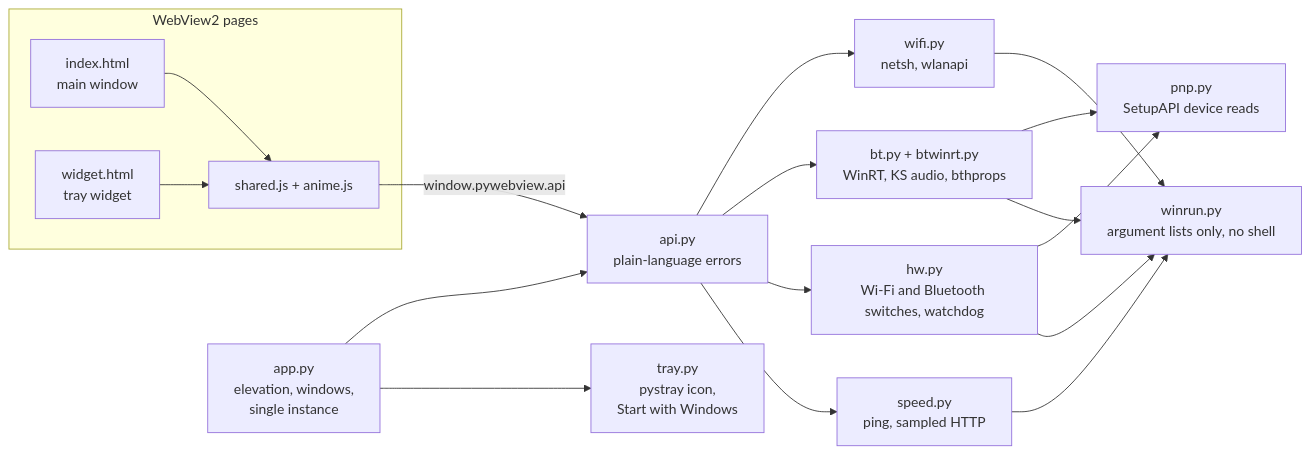
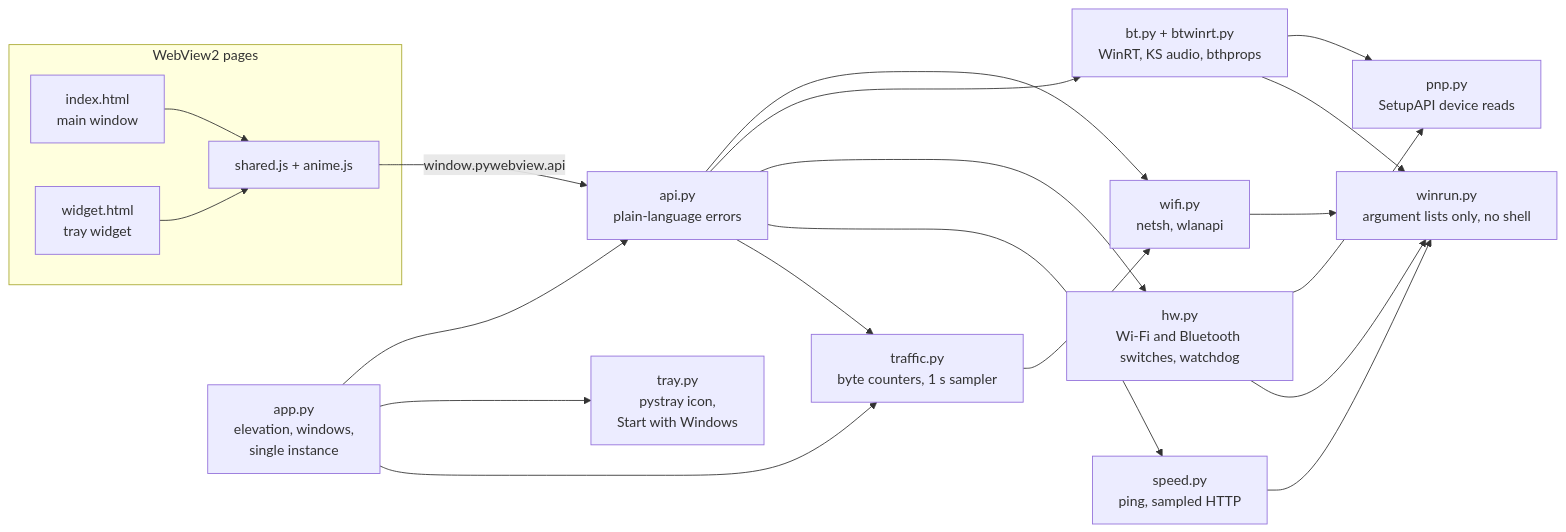
The diagram in README.md (ApurvDas/unigen-manager), drawn with Mermaid before and after one commit. The commit also changed other lines of this file and 3 other files, not shown here.

````diff
--- a/README.md
+++ b/README.md
@@ -254,23 +270,26 @@
 ```mermaid
 flowchart LR
     subgraph Pages["WebView2 pages"]
         index["index.html<br/>main window"]
         widget["widget.html<br/>tray widget"]
         shared["shared.js + anime.js"]
     end
     app["app.py<br/>elevation, windows,<br/>single instance"] --> api
     app --> tray["tray.py<br/>pystray icon,<br/>Start with Windows"]
     index --> shared
     widget --> shared
     shared -- "window.pywebview.api" --> api["api.py<br/>plain-language errors"]
     api --> wifi["wifi.py<br/>netsh, wlanapi"]
     api --> bt["bt.py + btwinrt.py<br/>WinRT, KS audio, bthprops"]
     api --> hw["hw.py<br/>Wi-Fi and Bluetooth switches, watchdog"]
     hw --> pnp["pnp.py<br/>SetupAPI device reads"]
     bt --> pnp
     api --> speed["speed.py<br/>ping, sampled HTTP"]
+    api --> traffic["traffic.py<br/>byte counters, 1 s sampler"]
+    app --> traffic
+    traffic --> wifi
     hw --> winrun
     wifi --> winrun["winrun.py<br/>argument lists only, no shell"]
     bt --> winrun
     speed --> winrun
 ```
````
